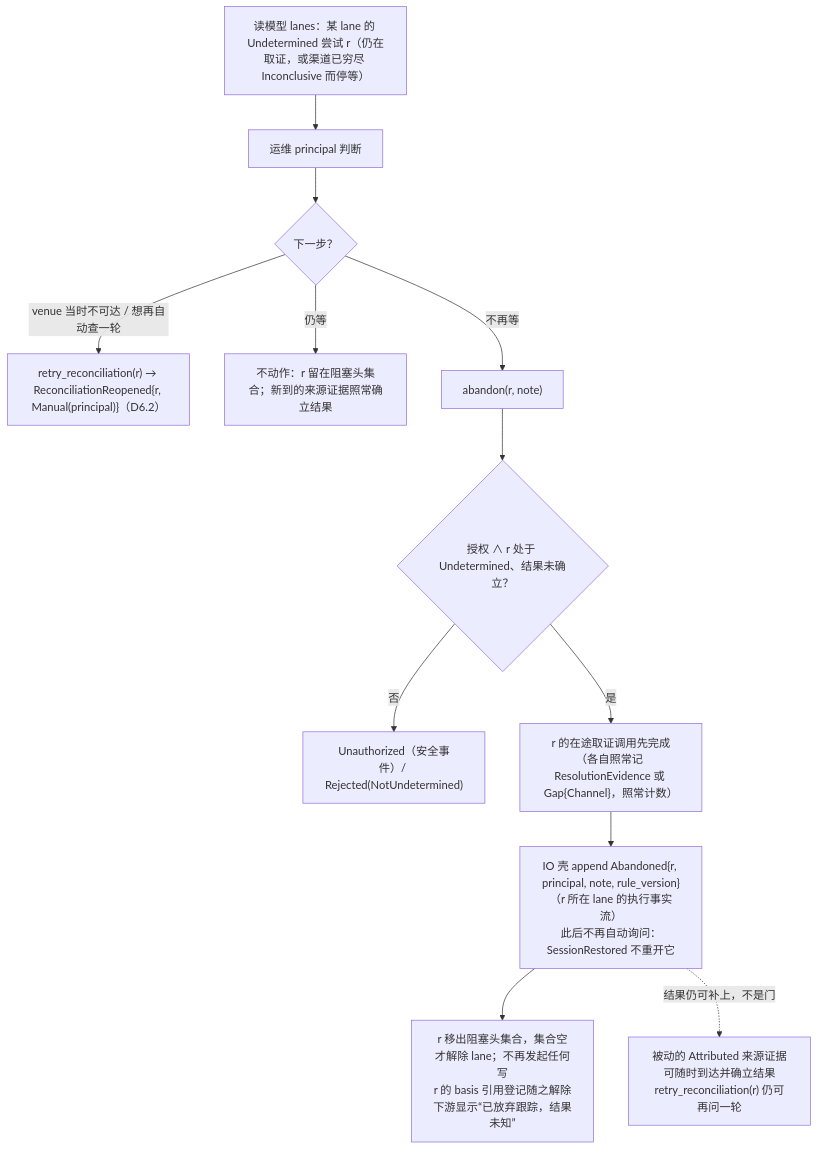
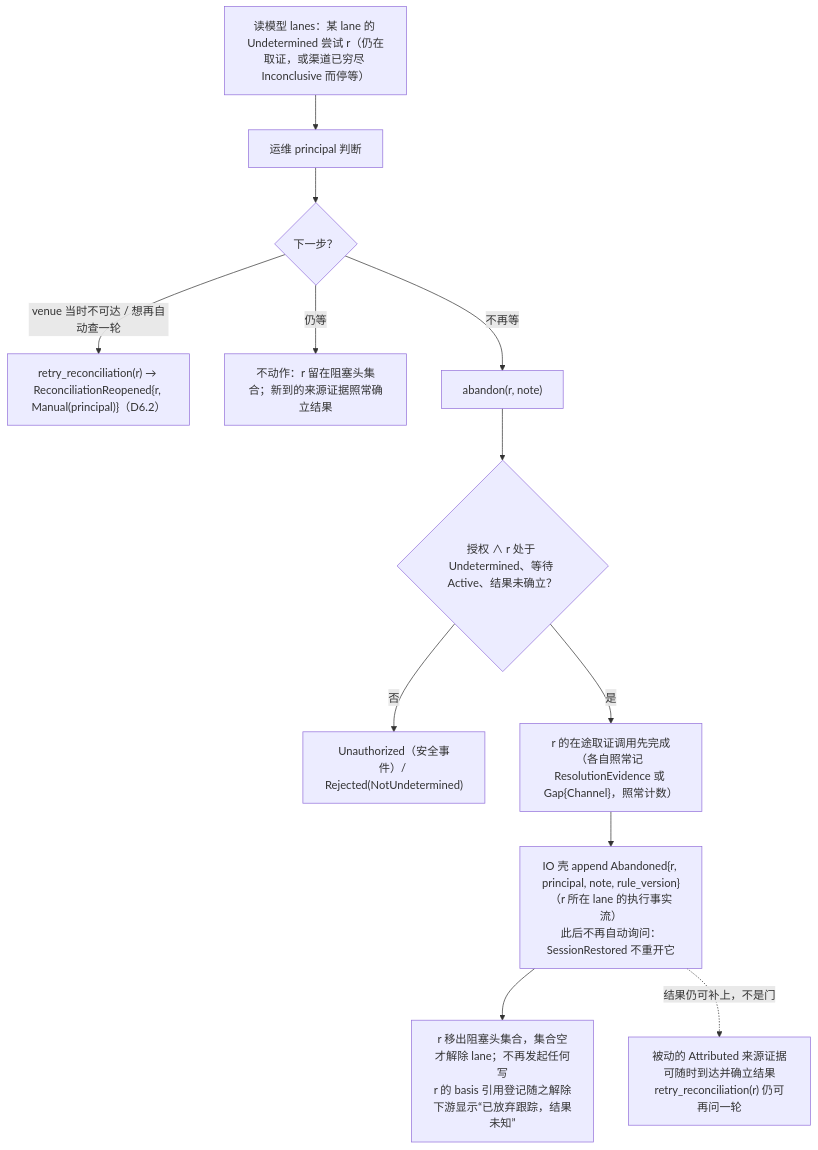
The third of 5 diagrams in design/diagrams/09-alice-session.md (mouriya-s-lab/uta), drawn with Mermaid before and after one commit. The commit also changed other lines of this file and 14 other files, not shown here.

````diff
--- a/design/diagrams/09-alice-session.md
+++ b/design/diagrams/09-alice-session.md
@@ -103,15 +103,15 @@
 ```mermaid
 flowchart TB
   L["读模型 lanes：某 lane 的 Undetermined 尝试 r（仍在取证，或渠道已穷尽 Inconclusive 而停等）"]
   L --> OP["运维 principal 判断"]
   OP --> R1{"下一步？"}
   R1 -->|"venue 当时不可达 / 想再自动查一轮"| RT["retry_reconciliation(r) → ReconciliationReopened{r, Manual(principal)}（D6.2）"]
   R1 -->|"仍等"| KEEP["不动作：r 留在阻塞头集合；新到的来源证据照常确立结果"]
   R1 -->|"不再等"| AB["abandon(r, note)"]
-  AB --> CHK{"授权 ∧ r 处于 Undetermined、结果未确立？"}
+  AB --> CHK{"授权 ∧ r 处于 Undetermined、等待 Active、结果未确立？"}
   CHK -->|"否"| RJ["Unauthorized（安全事件）/ Rejected(NotUndetermined)"]
   CHK -->|"是"| INF["r 的在途取证调用先完成（各自照常记 ResolutionEvidence 或 Gap{Channel}，照常计数）"]
   INF --> AN["IO 壳 append Abandoned{r, principal, note, rule_version}（r 所在 lane 的执行事实流）<br/>此后不再自动询问：SessionRestored 不重开它"]
   AN --> OUT["r 移出阻塞头集合，集合空才解除 lane；不再发起任何写<br/>r 的 basis 引用登记随之解除<br/>下游显示“已放弃跟踪，结果未知”"]
   AN -.->|"结果仍可补上，不是门"| LATE["被动的 Attributed 来源证据可随时到达并确立结果<br/>retry_reconciliation(r) 仍可再问一轮"]
 ```
````
